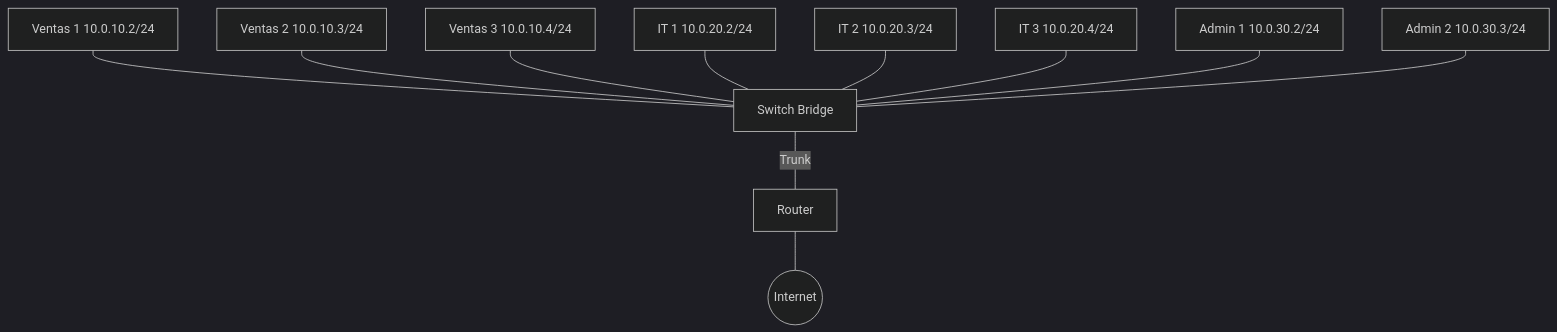
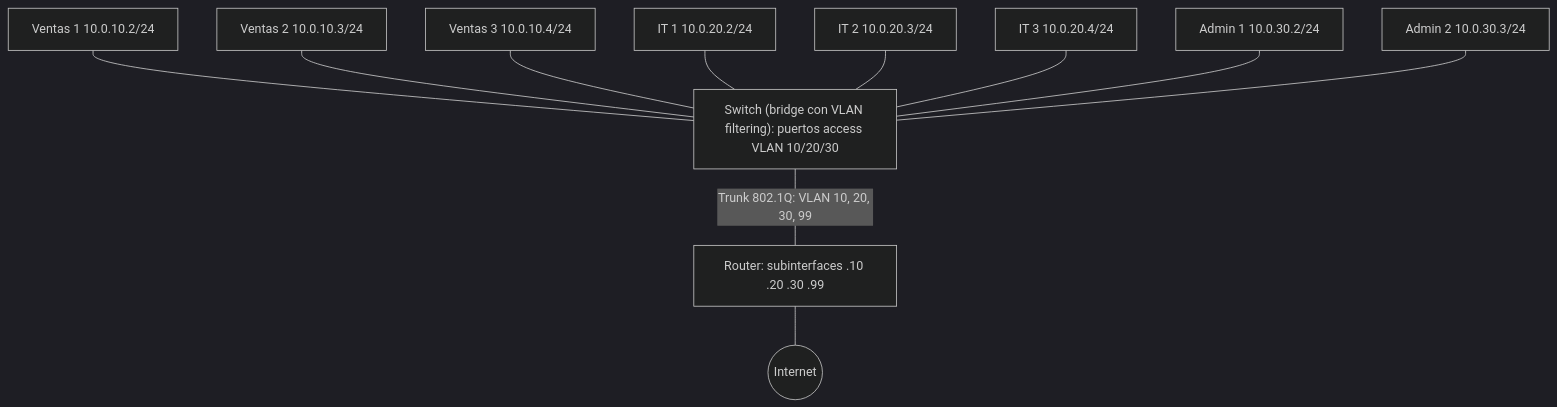
One commit to asideloko/Networking-Lab changed the diagram in docs/labs/lab-05/index.md. Above: the diagram before and after it, drawn with Mermaid (dark theme). The commit also changed other lines of this file and 18 other files, not shown here.

````diff
--- a/docs/labs/lab-05/index.md
+++ b/docs/labs/lab-05/index.md
@@ -57,24 +68,24 @@
 ```mermaid
 graph TB
     V1[Ventas 1 10.0.10.2/24]
     V2[Ventas 2 10.0.10.3/24]
     V3[Ventas 3 10.0.10.4/24]
     I1[IT 1 10.0.20.2/24]
     I2[IT 2 10.0.20.3/24]
     I3[IT 3 10.0.20.4/24]
     A1[Admin 1 10.0.30.2/24]
     A2[Admin 2 10.0.30.3/24]
-    SW[Switch Bridge]
-    R[Router]
+    SW["Switch (bridge con VLAN filtering): puertos access VLAN 10/20/30"]
+    R["Router: subinterfaces .10 .20 .30 .99"]
     Internet((Internet))
     V1 --- SW
     V2 --- SW
     V3 --- SW
     I1 --- SW
     I2 --- SW
     I3 --- SW
     A1 --- SW
     A2 --- SW
-    SW ---|Trunk| R
+    SW ---|"Trunk 802.1Q: VLAN 10, 20, 30, 99"| R
     R --- Internet
 ```
````
